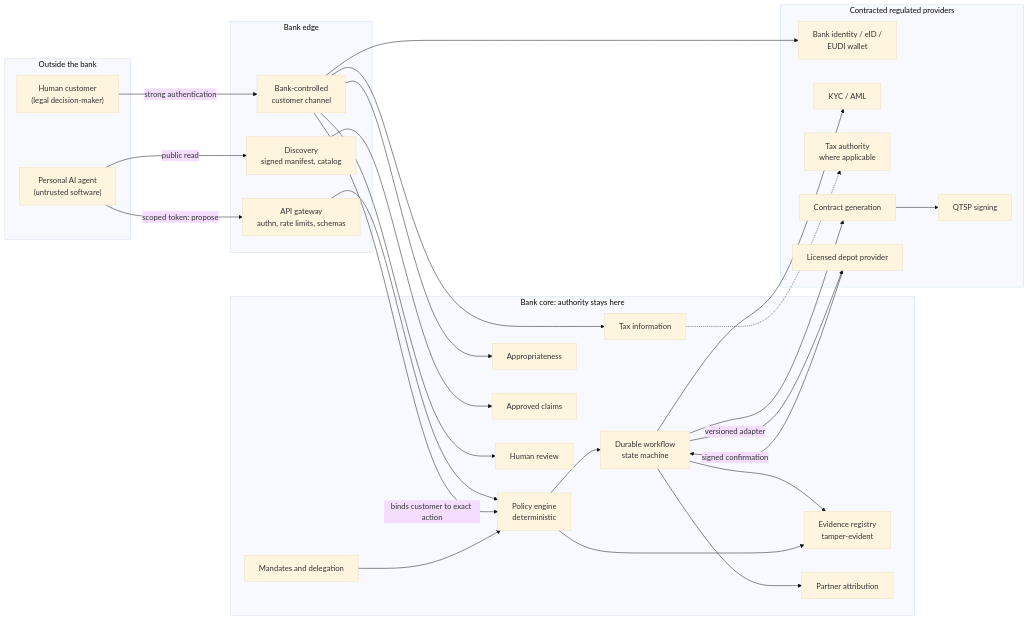
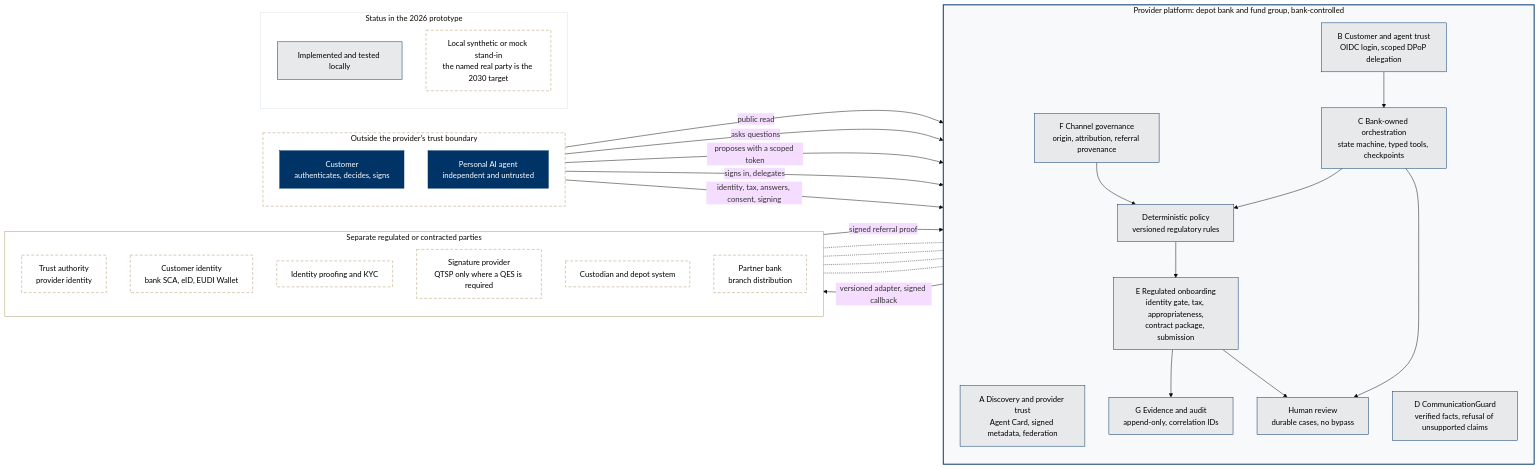
The second of 4 diagrams in docs/technical-concept-2030.md (KrzakLara/agentic-commerce-financial-distribution), drawn with Mermaid (base theme) before and after one commit. The commit also changed other lines of this file and 93 other files, not shown here.

````diff
--- a/docs/technical-concept-2030.md
+++ b/docs/technical-concept-2030.md
@@ -32,56 +106,67 @@
 ```mermaid
 flowchart LR
-  subgraph T0["Outside the bank"]
-    C["Human customer<br/>(legal decision-maker)"]
-    A["Personal AI agent<br/>(untrusted software)"]
+  subgraph OUT["Outside the provider's trust boundary"]
+    direction TB
+    C["Customer<br/>authenticates, decides, signs"]
+    A["Personal AI agent<br/>independent and untrusted"]
   end
 
-  subgraph T1["Bank edge"]
-    D["Discovery<br/>signed manifest, catalog"]
-    GW["API gateway<br/>authn, rate limits, schemas"]
-    CH["Bank-controlled<br/>customer channel"]
+  subgraph BANK["Provider platform: depot bank and fund group, bank-controlled"]
+    direction TB
+    LA["A Discovery and provider trust<br/>Agent Card, signed metadata, federation"]
+    LB["B Customer and agent trust<br/>OIDC login, scoped DPoP delegation"]
+    LD["D CommunicationGuard<br/>verified facts, refusal of unsupported claims"]
+    LC["C Bank-owned orchestration<br/>state machine, typed tools, checkpoints"]
+    LP["Deterministic policy<br/>versioned regulatory rules"]
+    LE["E Regulated onboarding<br/>identity gate, tax, appropriateness,<br/>contract package, submission"]
+    LF["F Channel governance<br/>origin, attribution, referral provenance"]
+    LG["G Evidence and audit<br/>append-only, correlation IDs"]
+    HR["Human review<br/>durable cases, no bypass"]
   end
 
-  subgraph T2["Bank core: authority stays here"]
-    PE["Policy engine<br/>deterministic"]
-    WF["Durable workflow<br/>state machine"]
-    MA["Mandates and delegation"]
-    TAX["Tax information"]
-    APP["Appropriateness"]
-    CL["Approved claims"]
-    HI["Human review"]
-    EV["Evidence registry<br/>tamper-evident"]
-    ATT["Partner attribution"]
+  subgraph EXT["Separate regulated or contracted parties"]
+    direction TB
+    TA["Trust authority<br/>provider identity"]
+    IDP["Customer identity<br/>bank SCA, eID, EUDI Wallet"]
+    KYC["Identity proofing and KYC"]
+    SIG["Signature provider<br/>QTSP only where a QES is required"]
+    CUS["Custodian and depot system"]
+    PB["Partner bank<br/>branch distribution"]
   end
 
-  subgraph T3["Contracted regulated providers"]
-    IDP["Bank identity / eID /<br/>EUDI wallet"]
-    KYC["KYC / AML"]
-    TA["Tax authority<br/>where applicable"]
-    CG["Contract generation"]
-    QTSP["QTSP signing"]
-    DP["Licensed depot provider"]
+  A -->|"public read"| LA
+  A -->|"asks questions"| LD
+  A -->|"proposes with a scoped token"| LB
+  C -->|"signs in, delegates"| LB
+  C -->|"identity, tax, answers, consent, signing"| LE
+  LB --> LC
+  LC --> LP
+  LP --> LE
+  LF --> LP
+  LE --> LG
+  LC --> HR
+  LE --> HR
+  LA -.- TA
+  LB -.- IDP
+  LE -.- KYC
+  LE -.- SIG
+  LE -->|"versioned adapter, signed callback"| CUS
+  PB -->|"signed referral proof"| LF
+
+  subgraph KEY["Status in the 2026 prototype"]
+    direction TB
+    K1["Implemented and tested locally"]
+    K2["Local synthetic or mock stand-in<br/>the named real party is the 2030 target"]
   end
 
-  A -->|"public read"| D
-  A -->|"scoped token: propose"| GW
-  GW --> PE
-  C -->|"strong authentication"| CH
-  CH --> IDP
-  CH --> TAX
-  CH --> APP
-  CH -->|"binds customer to exact action"| PE
-  CH --> HI
-  PE --> WF
-  WF --> KYC
-  WF --> CG
-  CG --> QTSP
-  WF -->|"versioned adapter"| DP
-  DP -->|"signed confirmation"| WF
-  TAX -.-> TA
-  D --> CL
-  WF --> EV
-  PE --> EV
-  WF --> ATT
-  MA --> PE
+  classDef local fill:#E8E9EB,stroke:#003366,stroke-width:1px,color:#000000
+  classDef synthetic fill:#FFFFFF,stroke:#AE9966,stroke-width:1px,stroke-dasharray:6 4,color:#000000
+  classDef person fill:#003366,stroke:#003366,color:#FFFFFF
+  class LA,LB,LC,LP,LD,LE,LF,LG,HR,K1 local
+  class TA,IDP,KYC,SIG,CUS,PB,K2 synthetic
+  class C,A person
+  style OUT fill:#FFFFFF,stroke:#AE9966,stroke-dasharray:6 4
+  style BANK fill:#F7F9FB,stroke:#003366,stroke-width:2px
+  style EXT fill:#FFFFFF,stroke:#AE9966
+  style KEY fill:#FFFFFF,stroke:#DDE4EA
 ```
````
